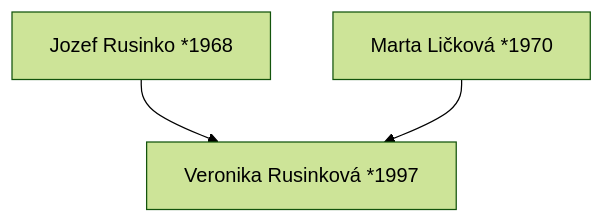
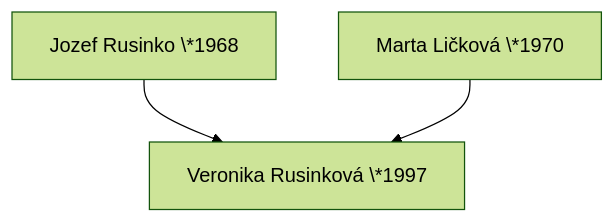
The third of 6 diagrams in docs/rodokmen.md (vrusi/genealogia), drawn with Mermaid (forest theme) before and after one commit. The commit also changed other lines of this file and 17 other files, not shown here.

````diff
--- a/docs/rodokmen.md
+++ b/docs/rodokmen.md
@@ -138,5 +138,5 @@
 ```mermaid
 graph TD
-  JoR["Jozef Rusinko *1968"] --> V["Veronika Rusinková *1997"]
-  ML["Marta Ličková *1970"] --> V
+  JoR["Jozef Rusinko \*1968"] --> V["Veronika Rusinková \*1997"]
+  ML["Marta Ličková \*1970"] --> V
 ```
````
